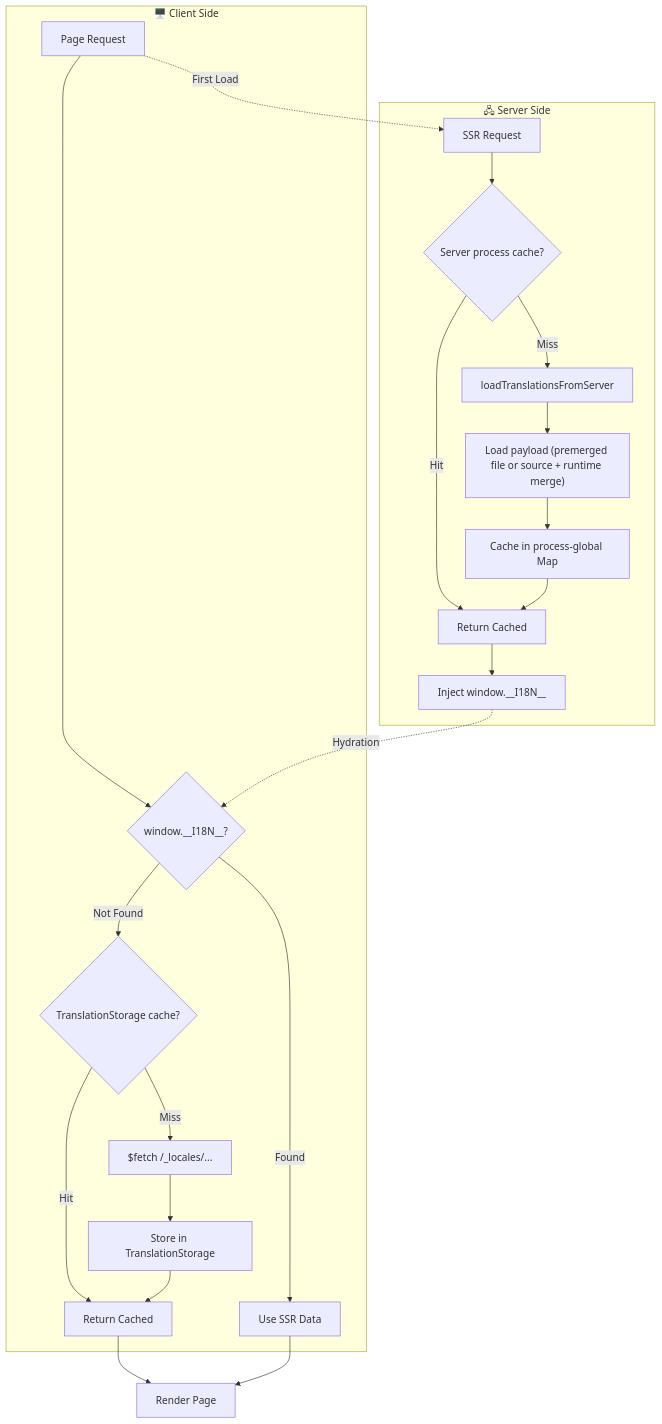
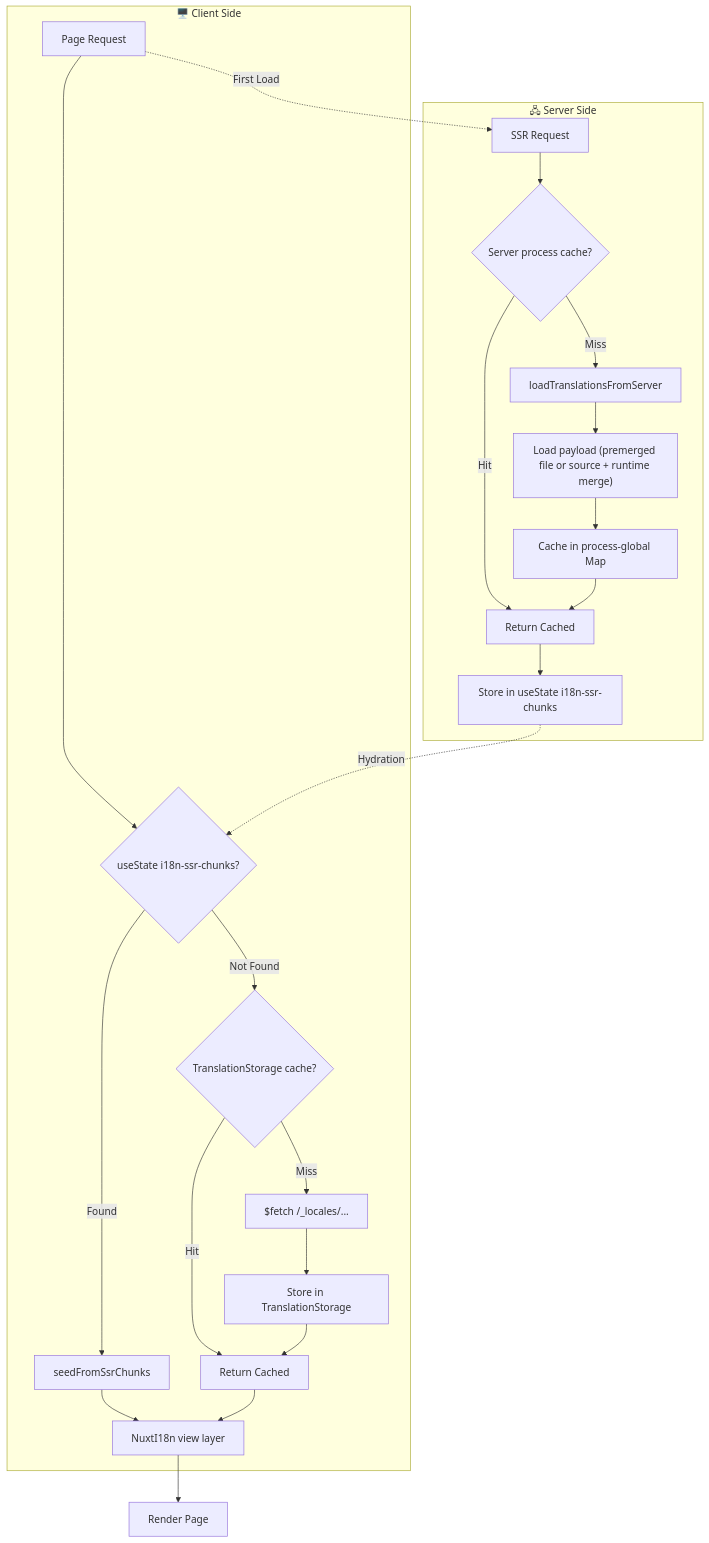
One commit to s00d/nuxt-i18n-micro changed the second of 2 diagrams in docs/guide/getting-started.md. Above: the diagram before and after it, drawn with Mermaid. The commit also changed other lines of this file and 13 other files, not shown here.

First line of the commit message:
docs: sync guides with PR #229 runtime architecture

````diff
--- a/docs/guide/getting-started.md
+++ b/docs/guide/getting-started.md
@@ -294,27 +294,28 @@
 ```mermaid
 flowchart TB
     subgraph Client["🖥️ Client Side"]
-        A[Page Request] --> B{window.__I18N__?}
-        B -->|Found| C[Use SSR Data]
+        A[Page Request] --> B{useState i18n-ssr-chunks?}
+        B -->|Found| C[seedFromSsrChunks]
         B -->|Not Found| D{TranslationStorage cache?}
         D -->|Hit| E[Return Cached]
         D -->|Miss| F["$fetch /_locales/..."]
         F --> G[Store in TranslationStorage]
         G --> E
+        C --> H[NuxtI18n view layer]
+        E --> H
     end
 
     subgraph Server["🖧 Server Side"]
-        H[SSR Request] --> I{Server process cache?}
-        I -->|Hit| J[Return Cached]
-        I -->|Miss| K[loadTranslationsFromServer]
-        K --> L["Load payload (premerged file or source + runtime merge)"]
-        L --> M[Cache in process-global Map]
-        M --> J
-        J --> N["Inject window.__I18N__"]
+        I[SSR Request] --> J{Server process cache?}
+        J -->|Hit| K[Return Cached]
+        J -->|Miss| L[loadTranslationsFromServer]
+        L --> M["Load payload (premerged file or source + runtime merge)"]
+        M --> N[Cache in process-global Map]
+        N --> K
+        K --> O["Store in useState i18n-ssr-chunks"]
     end
 
-    A -.->|First Load| H
-    N -.->|Hydration| B
-    E --> O[Render Page]
-    C --> O
+    A -.->|First Load| I
+    O -.->|Hydration| B
+    H --> P[Render Page]
 ```
````
